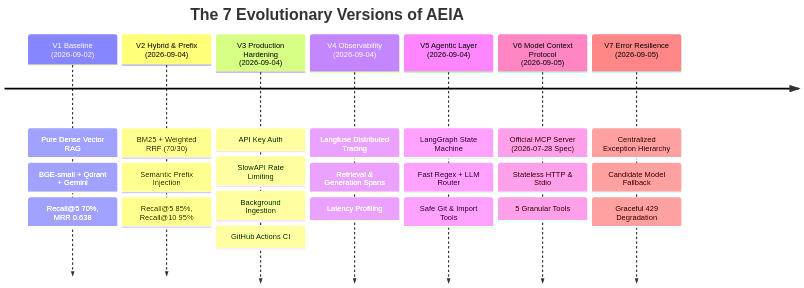
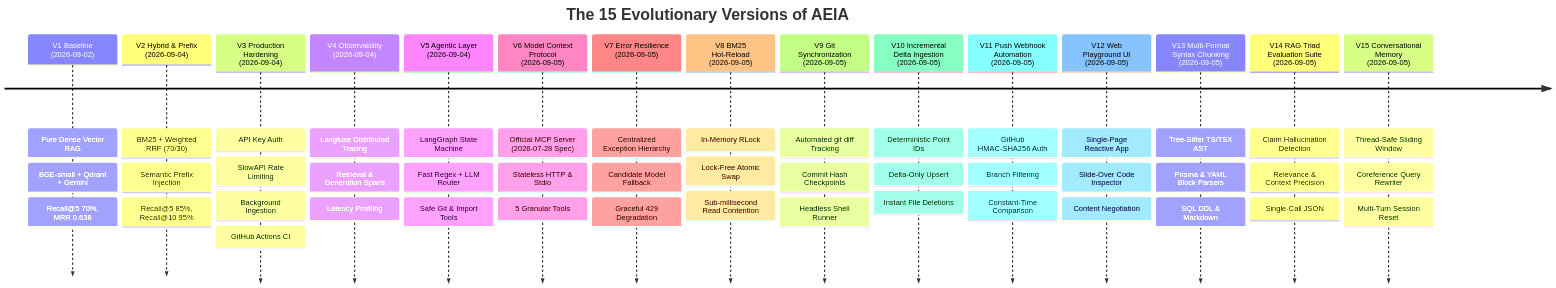
Before and after one commit to krotrn/campus-connect-ai: the second of 6 diagrams in docs/developer-guide/02-architecture-design-and-patterns.md, drawn with Mermaid. The commit also changed other lines of this file and 5 other files, not shown here.

````diff
--- a/docs/developer-guide/02-architecture-design-and-patterns.md
+++ b/docs/developer-guide/02-architecture-design-and-patterns.md
@@ -88,11 +88,19 @@
 ```mermaid
 timeline
-    title The 7 Evolutionary Versions of AEIA
+    title The 15 Evolutionary Versions of AEIA
     V1 Baseline (2026-09-02) : Pure Dense Vector RAG : BGE-small + Qdrant + Gemini : Recall@5 70%, MRR 0.638
     V2 Hybrid & Prefix (2026-09-04) : BM25 + Weighted RRF (70/30) : Semantic Prefix Injection : Recall@5 85%, Recall@10 95%
     V3 Production Hardening (2026-09-04) : API Key Auth : SlowAPI Rate Limiting : Background Ingestion : GitHub Actions CI
     V4 Observability (2026-09-04) : Langfuse Distributed Tracing : Retrieval & Generation Spans : Latency Profiling
     V5 Agentic Layer (2026-09-04) : LangGraph State Machine : Fast Regex + LLM Router : Safe Git & Import Tools
     V6 Model Context Protocol (2026-09-05) : Official MCP Server (2026-07-28 Spec) : Stateless HTTP & Stdio : 5 Granular Tools
     V7 Error Resilience (2026-09-05) : Centralized Exception Hierarchy : Candidate Model Fallback : Graceful 429 Degradation
+    V8 BM25 Hot-Reload (2026-09-05) : In-Memory RLock : Lock-Free Atomic Swap : Sub-millisecond Read Contention
+    V9 Git Synchronization (2026-09-05) : Automated git diff Tracking : Commit Hash Checkpoints : Headless Shell Runner
+    V10 Incremental Delta Ingestion (2026-09-05) : Deterministic Point IDs : Delta-Only Upsert : Instant File Deletions
+    V11 Push Webhook Automation (2026-09-05) : GitHub HMAC-SHA256 Auth : Branch Filtering : Constant-Time Comparison
+    V12 Web Playground UI (2026-09-05) : Single-Page Reactive App : Slide-Over Code Inspector : Content Negotiation
+    V13 Multi-Format Syntax Chunking (2026-09-05) : Tree-Sitter TS/TSX AST : Prisma & YAML Block Parsers : SQL DDL & Markdown
+    V14 RAG Triad Evaluation Suite (2026-09-05) : Claim Hallucination Detection : Relevance & Context Precision : Single-Call JSON
+    V15 Conversational Memory (2026-09-05) : Thread-Safe Sliding Window : Coreference Query Rewriter : Multi-Turn Session Reset
 ```
````
